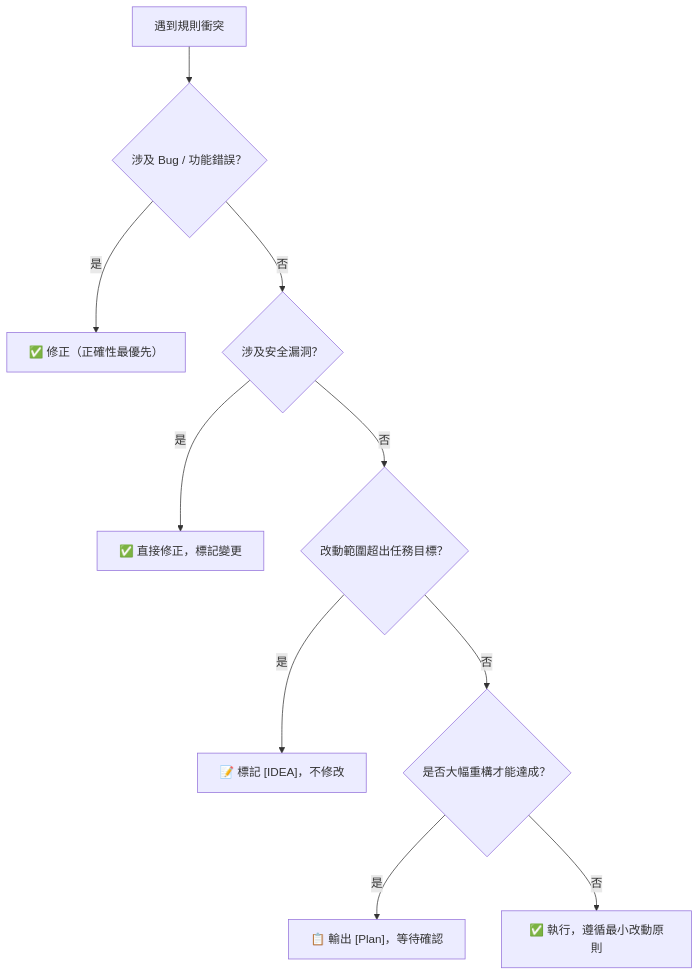
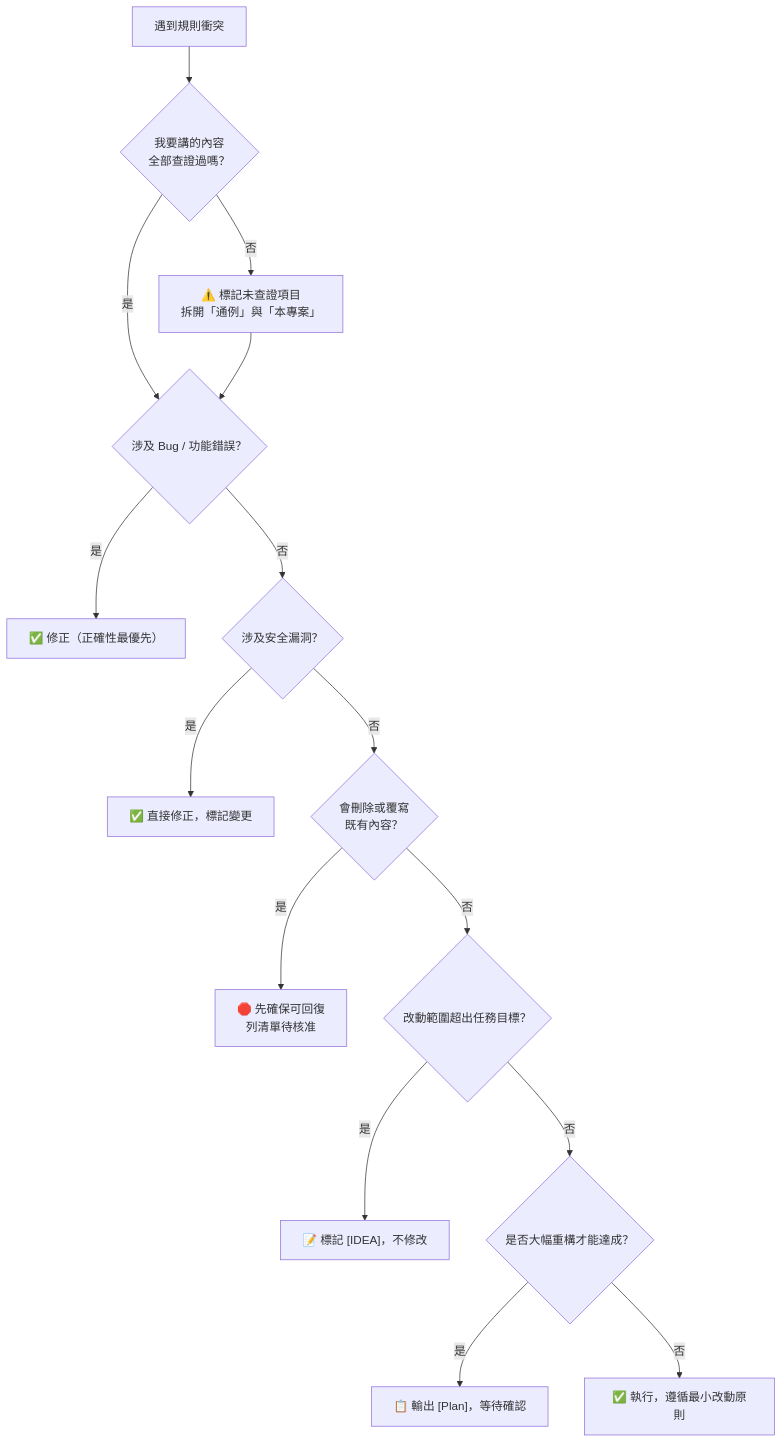
Before and after one commit to e82012/Antigravity-Skills-Repository: the diagram in global-rules/resources/decision_tree.md, drawn with Mermaid. The commit also changed other lines of this file and 10 other files, not shown here.

````diff
--- a/global-rules/resources/decision_tree.md
+++ b/global-rules/resources/decision_tree.md
@@ -26,12 +32,17 @@
 ```mermaid
 flowchart TD
-    START["遇到規則衝突"] --> Q1{"涉及 Bug / 功能錯誤？"}
+    START["遇到規則衝突"] --> Q0{"我要講的內容<br/>全部查證過嗎？"}
+    Q0 -->|否| A0["⚠️ 標記未查證項目<br/>拆開「通例」與「本專案」"]
+    Q0 -->|是| Q1{"涉及 Bug / 功能錯誤？"}
+    A0 --> Q1
     Q1 -->|是| A1["✅ 修正（正確性最優先）"]
     Q1 -->|否| Q2{"涉及安全漏洞？"}
     Q2 -->|是| A2["✅ 直接修正，標記變更"]
-    Q2 -->|否| Q3{"改動範圍超出任務目標？"}
-    Q3 -->|是| A3["📝 標記 [IDEA]，不修改"]
-    Q3 -->|否| Q4{"是否大幅重構才能達成？"}
-    Q4 -->|是| A4["📋 輸出 [Plan]，等待確認"]
-    Q4 -->|否| A5["✅ 執行，遵循最小改動原則"]
+    Q2 -->|否| Q3{"會刪除或覆寫<br/>既有內容？"}
+    Q3 -->|是| A3["🛑 先確保可回復<br/>列清單待核准"]
+    Q3 -->|否| Q4{"改動範圍超出任務目標？"}
+    Q4 -->|是| A4["📝 標記 [IDEA]，不修改"]
+    Q4 -->|否| Q5{"是否大幅重構才能達成？"}
+    Q5 -->|是| A5["📋 輸出 [Plan]，等待確認"]
+    Q5 -->|否| A6["✅ 執行，遵循最小改動原則"]
 ```
````
